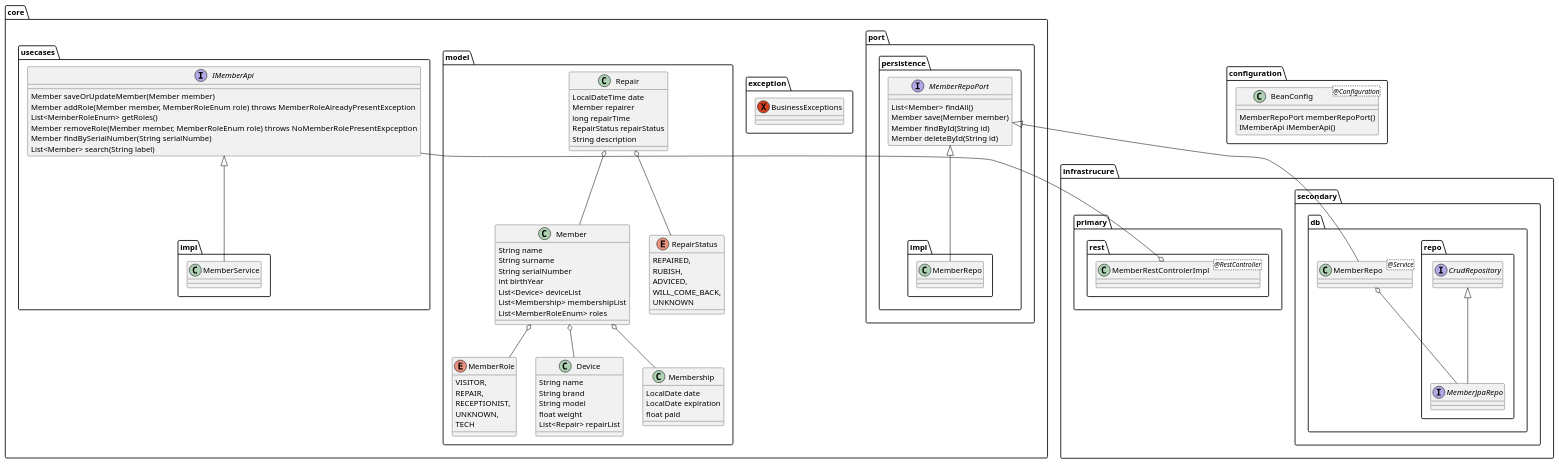
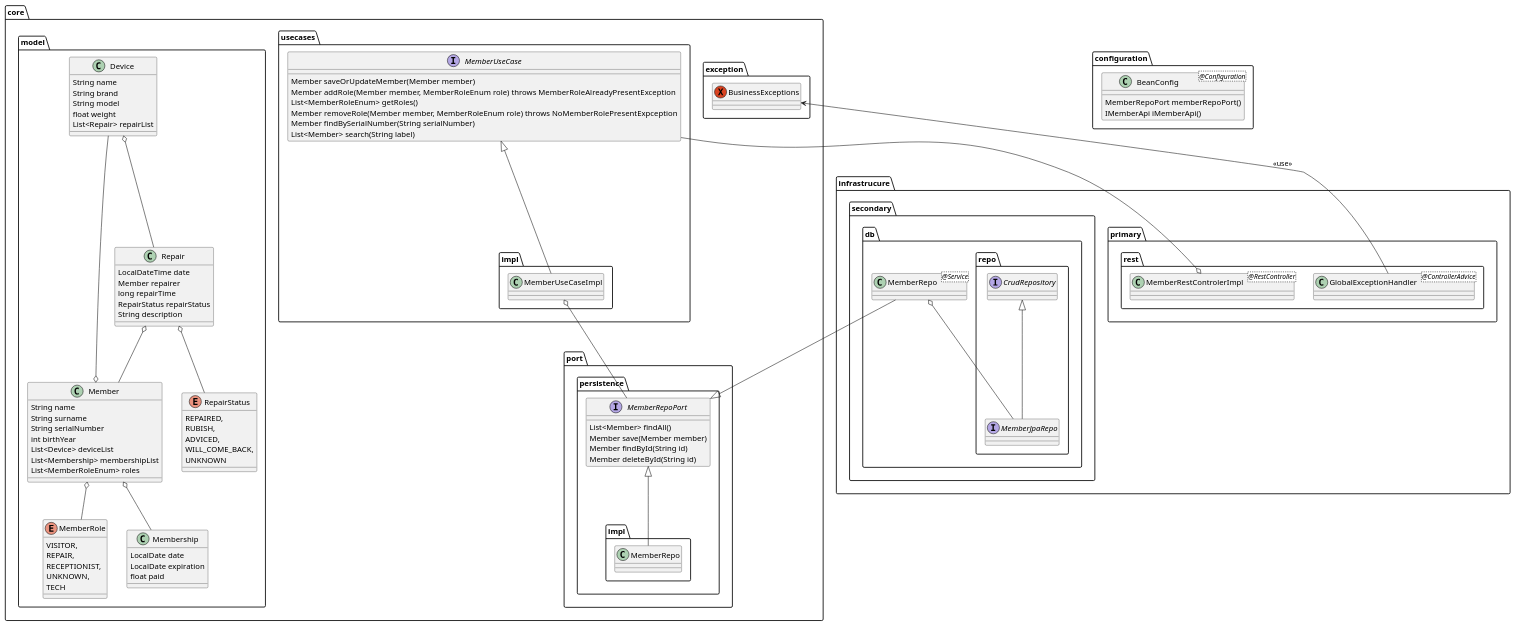
Before and after one commit to YohannCaby/repaircafe-hexagonal-springboot: the diagram in doc/RepaireCafeHexagonalStructure.puml, drawn with PlantUML.

Commit message:
Mise à jour du diagramme de classe

```diff
--- a/doc/RepaireCafeHexagonalStructure.puml
+++ b/doc/RepaireCafeHexagonalStructure.puml
@@ -1,110 +1,116 @@
 @startuml
 'https://plantuml.com/class-diagram
 
 package "core.port.persistence"{
     interface MemberRepoPort{
         List<Member> findAll()
         Member save(Member member)
         Member findById(String id)
         Member deleteById(String id)
     }
 
     package "core.port.persistence.impl"{
         class MemberRepo
     }
     MemberRepoPort <|-- MemberRepo
+}
+package "core.usecases"{
+    interface MemberUseCase{
+            Member saveOrUpdateMember(Member member)
+            Member addRole(Member member, MemberRoleEnum role) throws MemberRoleAlreadyPresentException
+            List<MemberRoleEnum> getRoles()
+            Member removeRole(Member member, MemberRoleEnum role) throws NoMemberRolePresentExpception
+            Member findBySerialNumber(String serialNumber)
+            List<Member> search(String label)
+    }
+    package "core.usecases.impl"{
+        class MemberUseCaseImpl
+    }
+
+    MemberUseCase <|-- MemberUseCaseImpl
+    MemberUseCaseImpl o-- MemberRepoPort
 }
 package "core.exception" {
     exception BusinessExceptions
 }
 package "core.model"{
     class Device{
         String name
         String brand
         String model
         float weight
         List<Repair> repairList
     }
     class Member{
         String name
         String surname
         String serialNumber
         int birthYear
         List<Device> deviceList
         List<Membership> membershipList
         List<MemberRoleEnum> roles
     }
     class Membership{
         LocalDate date
         LocalDate expiration
         float paid
     }
     class Repair{
         LocalDateTime date
         Member repairer
         long repairTime
         RepairStatus repairStatus
         String description
     }
     enum RepairStatus{
         REPAIRED,
         RUBISH,
         ADVICED,
         WILL_COME_BACK,
         UNKNOWN
         }
     enum MemberRole{
         VISITOR,
         REPAIR,
         RECEPTIONIST,
         UNKNOWN,
         TECH
     }
 
     Repair o-- RepairStatus
     Repair o-- Member
 
     Member o-- MemberRole
     Member o-- Membership
     Member o-- Device
+
+    Device o-- Repair
 }
 
-package "core.usecases"{
-    interface IMemberApi{
-            Member saveOrUpdateMember(Member member)
-            Member addRole(Member member, MemberRoleEnum role) throws MemberRoleAlreadyPresentException
-            List<MemberRoleEnum> getRoles()
-            Member removeRole(Member member, MemberRoleEnum role) throws NoMemberRolePresentExpception
-            Member findBySerialNumber(String serialNumbe)
-            List<Member> search(String label)
-    }
-    package "core.usecases.impl"{
-        class MemberService
-    }
 
-    IMemberApi <|-- MemberService
-}
 
 package "infrastrucure.primary.rest"{
     class MemberRestControlerImpl<@RestController>
-    MemberRestControlerImpl o-- IMemberApi
+    class GlobalExceptionHandler<@ControllerAdvice>
+    MemberRestControlerImpl o-- MemberUseCase
+    BusinessExceptions <-- GlobalExceptionHandler : <<use>>
 }
 
 package "infrastrucure.secondary.db"{
     class MemberRepo<@Service>
     package "infrastrucure.secondary.db.repo"{
         interface MemberJpaRepo
         interface CrudRepository
         CrudRepository <|-- MemberJpaRepo
     }
     MemberRepo o-- MemberJpaRepo
 
     MemberRepoPort <|-- MemberRepo
 }
 package "configuration"{
     class BeanConfig<@Configuration>{
         MemberRepoPort memberRepoPort()
         IMemberApi iMemberApi()
     }
 }
 @enduml
```
